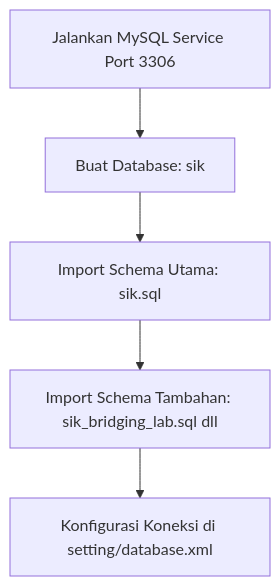
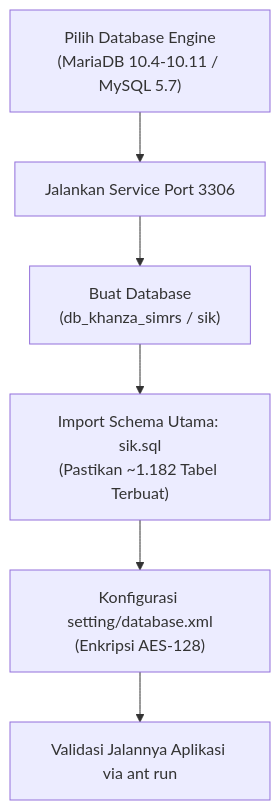
The fourth of 6 diagrams in docs/01-getting-started-non-netbeans-vscode.md (adi-jaya/SIMRS-Khanza), drawn with Mermaid before and after one commit. The commit also changed other lines of this file, not shown here.

Commit message:
docs: enhance database setup guide with detailed engine selection and troubleshooting steps

````diff
--- a/docs/01-getting-started-non-netbeans-vscode.md
+++ b/docs/01-getting-started-non-netbeans-vscode.md
@@ -435,7 +436,8 @@
 ```mermaid
 flowchart TD
-    A[Jalankan MySQL Service Port 3306] --> B[Buat Database: sik]
-    B --> C[Import Schema Utama: sik.sql]
-    C --> D[Import Schema Tambahan: sik_bridging_lab.sql dll]
-    D --> E[Konfigurasi Koneksi di setting/database.xml]
+    A["Pilih Database Engine<br>(MariaDB 10.4-10.11 / MySQL 5.7)"] --> B["Jalankan Service Port 3306"]
+    B --> C["Buat Database<br>(db_khanza_simrs / sik)"]
+    C --> D["Import Schema Utama: sik.sql<br>(Pastikan ~1.182 Tabel Terbuat)"]
+    D --> E["Konfigurasi setting/database.xml<br>(Enkripsi AES-128)"]
+    E --> F["Validasi Jalannya Aplikasi via ant run"]
 ```
````
